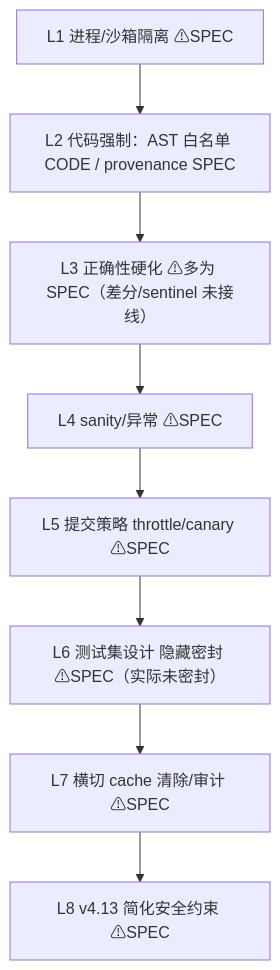
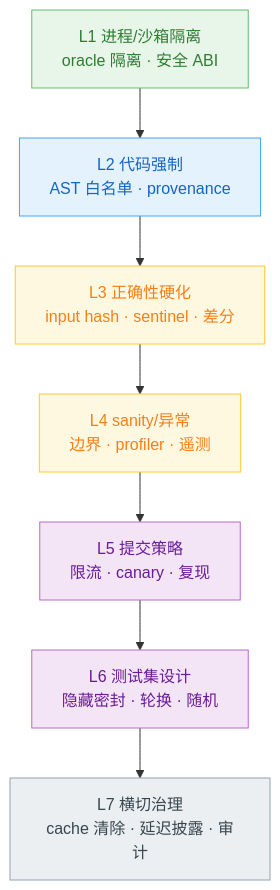
Before and after one commit to Gxj230958/TritonAscendBench: the tenth of 11 diagrams in docs/DESIGN.md, drawn with Mermaid. The commit also changed other lines of this file and 243 other files, not shown here.

````diff
--- a/docs/DESIGN.md
+++ b/docs/DESIGN.md
@@ -458,12 +584,21 @@
 ```mermaid
 flowchart TB
-    L1["L1 进程/沙箱隔离 ⚠SPEC"]
-    L2["L2 代码强制：AST 白名单 CODE / provenance SPEC"]
-    L3["L3 正确性硬化 ⚠多为 SPEC（差分/sentinel 未接线）"]
-    L4["L4 sanity/异常 ⚠SPEC"]
-    L5["L5 提交策略 throttle/canary ⚠SPEC"]
-    L6["L6 测试集设计 隐藏密封 ⚠SPEC（实际未密封）"]
-    L7["L7 横切 cache 清除/审计 ⚠SPEC"]
-    L8["L8 v4.13 简化安全约束 ⚠SPEC"]
-    L1-->L2-->L3-->L4-->L5-->L6-->L7-->L8
+    L1["L1 进程/沙箱隔离<br/>oracle 隔离 · 安全 ABI"]
+    L2["L2 代码强制<br/>AST 白名单 · provenance"]
+    L3["L3 正确性硬化<br/>input hash · sentinel · 差分"]
+    L4["L4 sanity/异常<br/>边界 · profiler · 遥测"]
+    L5["L5 提交策略<br/>限流 · canary · 复现"]
+    L6["L6 测试集设计<br/>隐藏密封 · 轮换 · 随机"]
+    L7["L7 横切治理<br/>cache 清除 · 延迟披露 · 审计"]
+    L1 --> L2 --> L3 --> L4 --> L5 --> L6 --> L7
+    classDef isolation fill:#E8F5E9,stroke:#66BB6A,color:#2E7D32;
+    classDef code fill:#E3F2FD,stroke:#42A5F5,color:#1565C0;
+    classDef data fill:#FFF8E1,stroke:#FFCA28,color:#F57F17;
+    classDef policy fill:#F3E5F5,stroke:#BA68C8,color:#6A1B9A;
+    classDef audit fill:#ECEFF1,stroke:#90A4AE,color:#37474F;
+    class L1 isolation;
+    class L2 code;
+    class L3,L4 data;
+    class L5,L6 policy;
+    class L7 audit;
 ```
````
